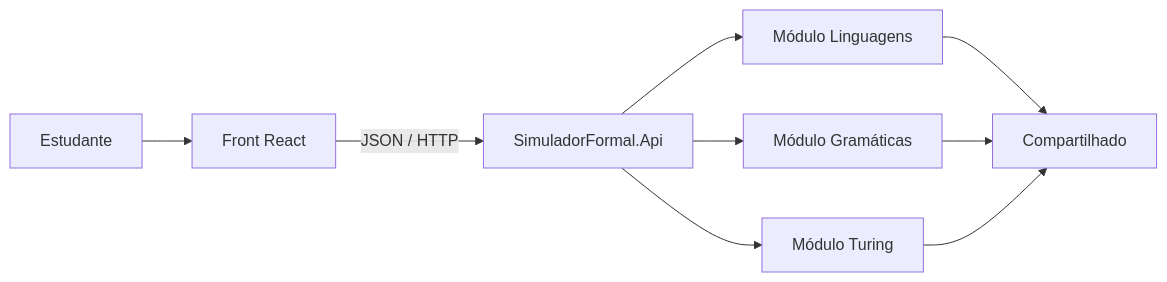
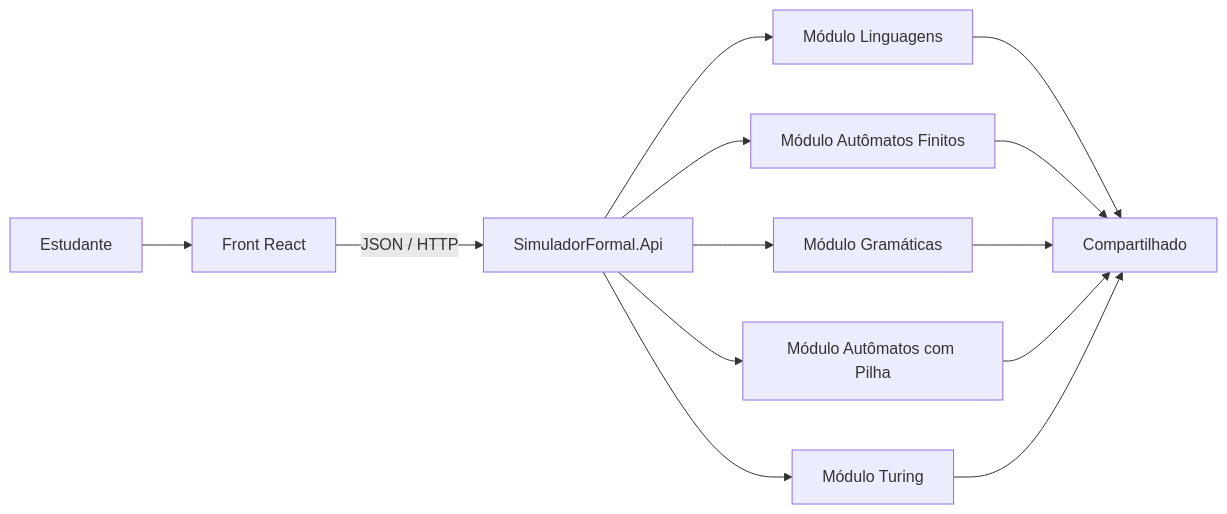
The first of 7 diagrams in docs/ARQUITETURA.md (GustavoFHB/Trabalho-final), drawn with Mermaid before and after one commit. The commit also changed other lines of this file and 49 other files, not shown here.

````diff
--- a/docs/ARQUITETURA.md
+++ b/docs/ARQUITETURA.md
@@ -14,11 +16,15 @@
 ```mermaid
 flowchart LR
     U[Estudante] --> F[Front React]
     F -- JSON / HTTP --> API[SimuladorFormal.Api]
     API --> L[Módulo Linguagens]
+    API --> A[Módulo Autômatos Finitos]
     API --> G[Módulo Gramáticas]
+    API --> P[Módulo Autômatos com Pilha]
     API --> T[Módulo Turing]
     L --> C[Compartilhado]
+    A --> C
     G --> C
+    P --> C
     T --> C
 ```
````
